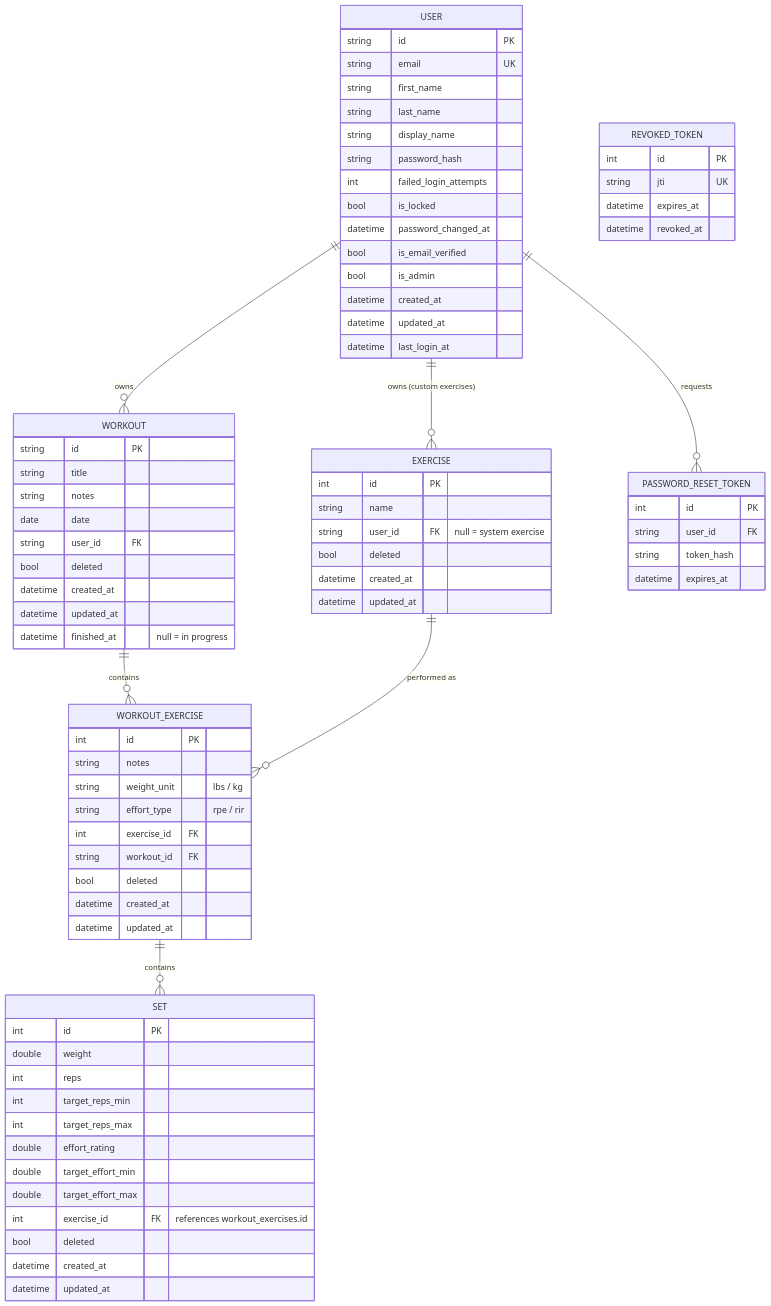
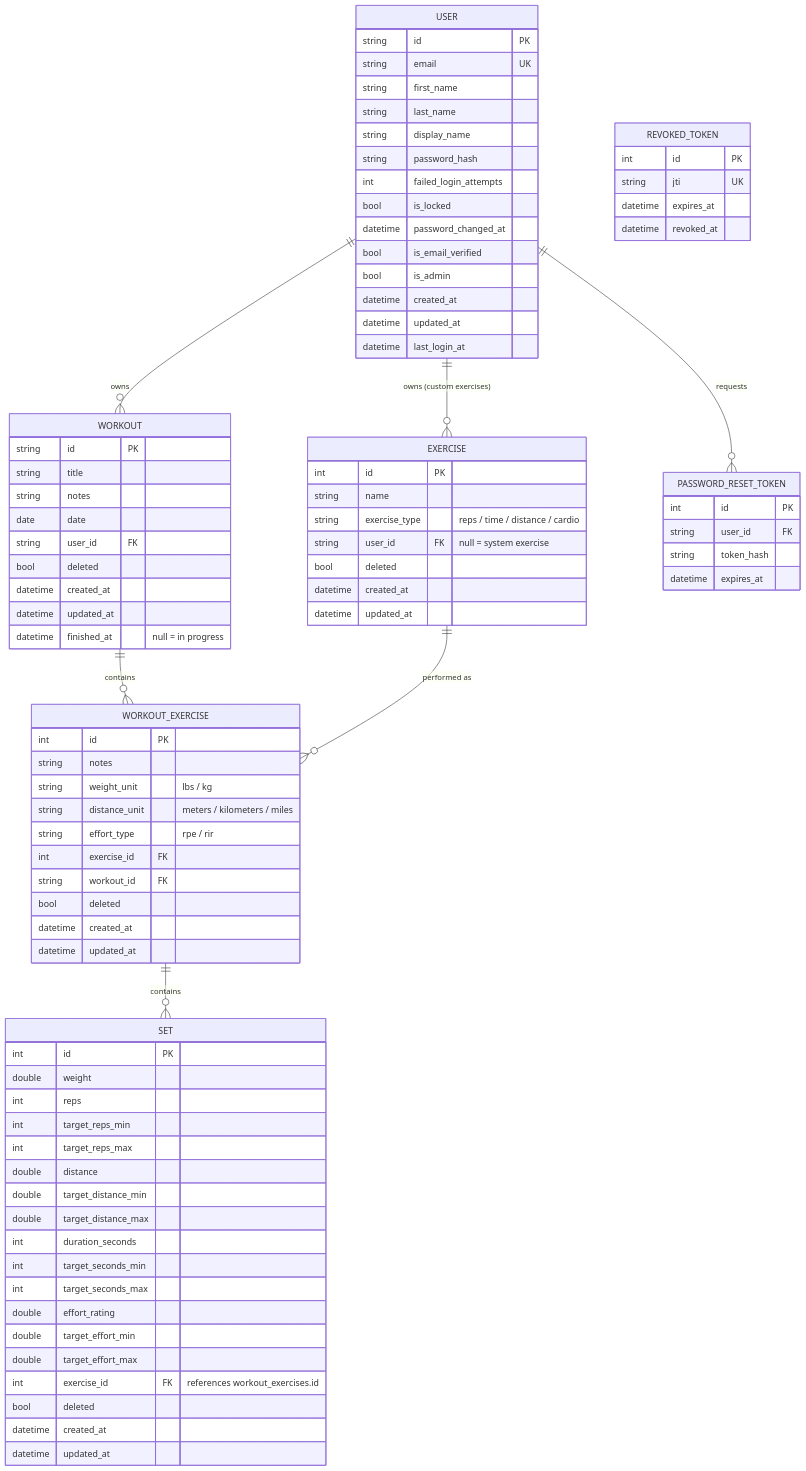
The diagram in docs/database-design.md (tylersocholotuik/workout-log-app), drawn with Mermaid before and after one commit. The commit also changed other lines of this file and 57 other files, not shown here.

First line of the commit message:
feat: Added exercise types to support time-based, distance-based, and cardio exercises (#71)

```diff
--- a/docs/database-design.md
+++ b/docs/database-design.md
@@ -65,6 +65,7 @@
     EXERCISE {
         int id PK
         string name
+        string exercise_type "reps / time / distance / cardio"
         string user_id FK "null = system exercise"
         bool deleted
         datetime created_at
@@ -87,6 +88,7 @@
         int id PK
         string notes
         string weight_unit "lbs / kg"
+        string distance_unit "meters / kilometers / miles"
         string effort_type "rpe / rir"
         int exercise_id FK
         string workout_id FK
@@ -101,6 +103,12 @@
         int reps
         int target_reps_min
         int target_reps_max
+        double distance
+        double target_distance_min
+        double target_distance_max
+        int duration_seconds
+        int target_seconds_min
+        int target_seconds_max
         double effort_rating
         double target_effort_min
         double target_effort_max
```
